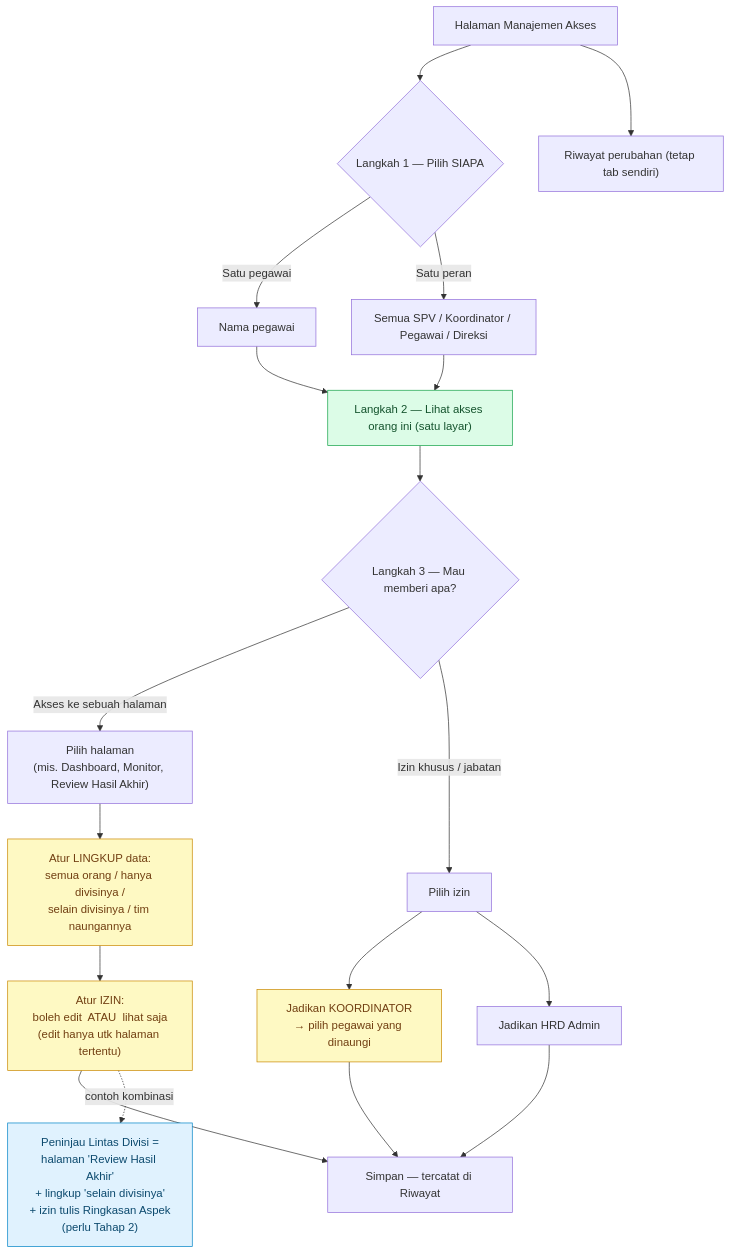
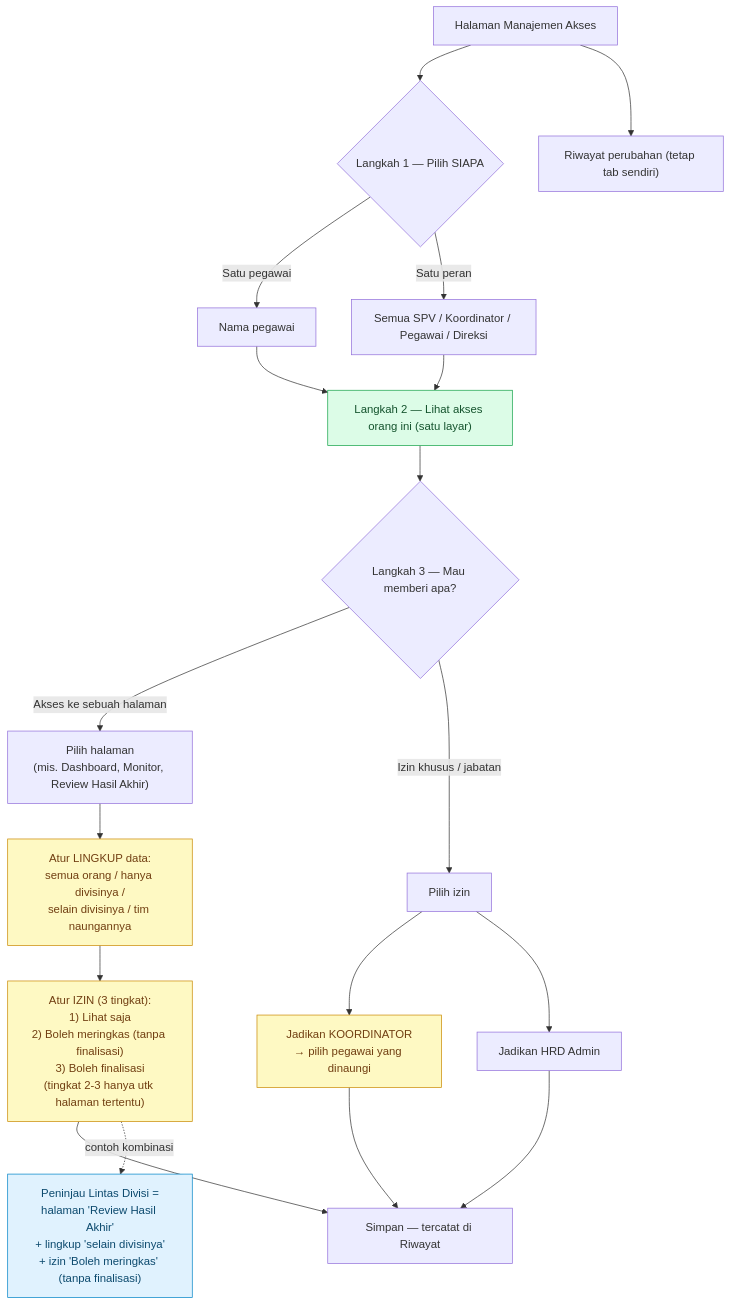
The second of 2 diagrams in docs/pengembangan/DESAIN-MANAJEMEN-AKSES.md (infarmcorp/infarm-360), drawn with Mermaid before and after one commit. The commit also changed other lines of this file and 11 other files, not shown here.

````diff
--- a/docs/pengembangan/DESAIN-MANAJEMEN-AKSES.md
+++ b/docs/pengembangan/DESAIN-MANAJEMEN-AKSES.md
@@ -231,36 +231,36 @@
 ```mermaid
 flowchart TD
   START["Halaman Manajemen Akses"] --> S1{"Langkah 1 — Pilih SIAPA"}
   S1 -->|"Satu pegawai"| P["Nama pegawai"]
   S1 -->|"Satu peran"| R["Semua SPV / Koordinator / Pegawai / Direksi"]
 
   P --> PROF["Langkah 2 — Lihat akses orang ini (satu layar)"]
   R --> PROF
 
   PROF --> S3{"Langkah 3 — Mau memberi apa?"}
 
   %% Cabang 1: akses ke sebuah halaman (di sinilah LINGKUP & EDIT diatur)
   S3 -->|"Akses ke sebuah halaman"| G1["Pilih halaman<br/>(mis. Dashboard, Monitor, Review Hasil Akhir)"]
   G1 --> G1a["Atur LINGKUP data:<br/>semua orang / hanya divisinya /<br/>selain divisinya / tim naungannya"]
-  G1a --> G1b["Atur IZIN:<br/>boleh edit  ATAU  lihat saja<br/>(edit hanya utk halaman tertentu)"]
+  G1a --> G1b["Atur IZIN (3 tingkat):<br/>1) Lihat saja<br/>2) Boleh meringkas (tanpa finalisasi)<br/>3) Boleh finalisasi<br/>(tingkat 2-3 hanya utk halaman tertentu)"]
   G1b --> DONE["Simpan — tercatat di Riwayat"]
 
   %% Peninjau Lintas Divisi = KOMBINASI di cabang halaman, bukan fitur khusus lagi
-  G1b -.->|"contoh kombinasi"| EX["Peninjau Lintas Divisi =<br/>halaman 'Review Hasil Akhir'<br/>+ lingkup 'selain divisinya'<br/>+ izin tulis Ringkasan Aspek<br/>(perlu Tahap 2)"]
+  G1b -.->|"contoh kombinasi"| EX["Peninjau Lintas Divisi =<br/>halaman 'Review Hasil Akhir'<br/>+ lingkup 'selain divisinya'<br/>+ izin 'Boleh meringkas' (tanpa finalisasi)"]
 
   %% Cabang 2: izin khusus / jabatan — tinggal DUA
   S3 -->|"Izin khusus / jabatan"| G2["Pilih izin"]
   G2 --> G2a["Jadikan KOORDINATOR<br/>→ pilih pegawai yang dinaungi"]
   G2 --> G2b["Jadikan HRD Admin"]
   G2a --> DONE
   G2b --> DONE
 
   START --> TLOG["Riwayat perubahan (tetap tab sendiri)"]
 
   classDef good fill:#dcfce7,stroke:#16a34a,color:#14532d;
   classDef hot fill:#fef9c3,stroke:#ca8a04,color:#713f12;
   classDef note fill:#e0f2fe,stroke:#0284c7,color:#0c4a6e;
   class PROF good;
   class G1a,G1b,G2a hot;
   class EX note;
 ```
````
